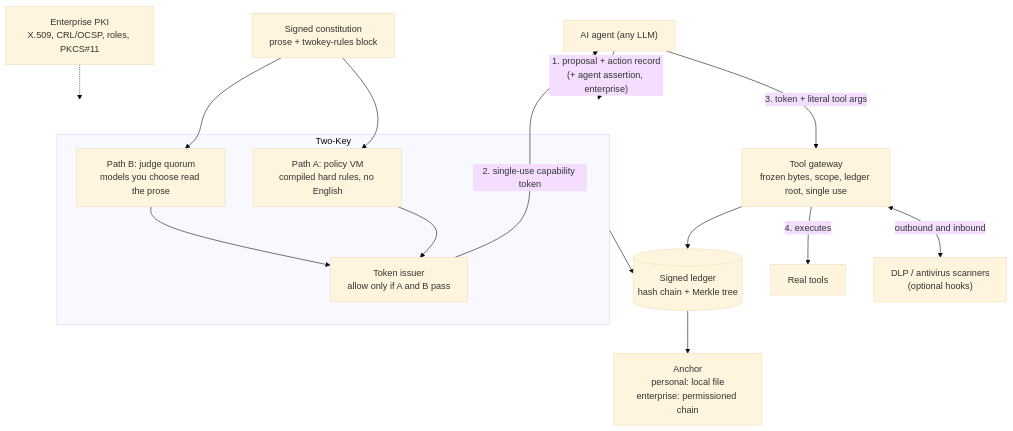
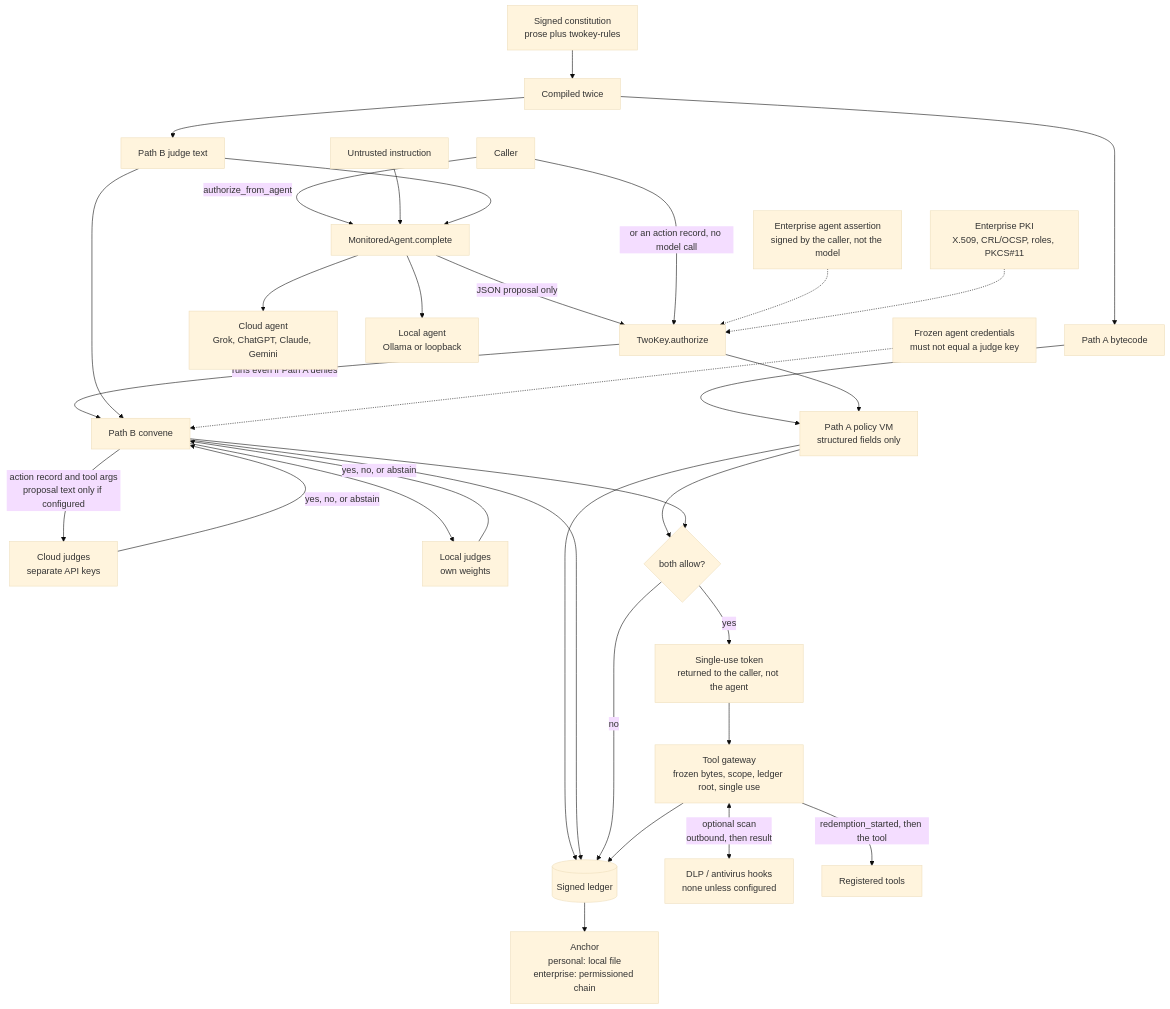
One commit to Insomniac-VibeLabs/two-key changed the first of 2 diagrams in README.md. Above: the diagram before and after it, drawn with Mermaid (base theme). The commit also changed other lines of this file, not shown here.

First line of the commit message:
Replace the README architecture diagram.

````diff
--- a/README.md
+++ b/README.md
@@ -80,21 +83,38 @@
 ```mermaid
 flowchart TB
-  Agent["AI agent (any LLM)"] -- "1. proposal + action record<br/>(+ agent assertion, enterprise)" --> TK
-  C["Signed constitution<br/>prose + twokey-rules block"] --> A
-  C --> B
-  subgraph TK["Two-Key"]
-    A["Path A: policy VM<br/>compiled hard rules, no English"]
-    B["Path B: judge quorum<br/>models you choose read the prose"]
-    I["Token issuer<br/>allow only if A and B pass"]
-    A --> I
-    B --> I
-  end
-  I -- "2. single-use capability token" --> Agent
-  Agent -- "3. token + literal tool args" --> G["Tool gateway<br/>frozen bytes, scope, ledger root, single use"]
-  G <-- "outbound and inbound" --> S["DLP / antivirus scanners<br/>(optional hooks)"]
-  G -- "4. executes" --> T["Real tools"]
-  TK --> L[("Signed ledger<br/>hash chain + Merkle tree")]
-  G --> L
-  L --> X["Anchor<br/>personal: local file<br/>enterprise: permissioned chain"]
-  P["Enterprise PKI<br/>X.509, CRL/OCSP, roles, PKCS#11"] -.-> TK
+  constitution["Signed constitution<br/>prose plus twokey-rules"] --> compile["Compiled twice"]
+  compile --> bytecode["Path A bytecode"]
+  compile --> prose["Path B judge text"]
+
+  caller["Caller"] -->|"authorize_from_agent"| fromAgent["MonitoredAgent.complete"]
+  instruction["Untrusted instruction"] --> fromAgent
+  prose --> fromAgent
+  fromAgent --> cloudA["Cloud agent<br/>Grok, ChatGPT, Claude, Gemini"]
+  fromAgent --> localA["Local agent<br/>Ollama or loopback"]
+  fromAgent -->|"JSON proposal only"| authorize["TwoKey.authorize"]
+  caller -->|"or an action record, no model call"| authorize
+  assertion["Enterprise agent assertion<br/>signed by the caller, not the model"] -.-> authorize
+
+  bytecode --> pathA["Path A policy VM<br/>structured fields only"]
+  authorize --> pathA
+  authorize -->|"runs even if Path A denies"| pathB["Path B convene"]
+  prose --> pathB
+  session["Frozen agent credentials<br/>must not equal a judge key"] -.-> pathB
+  pathB -->|"action record and tool args<br/>proposal text only if configured"| cloudJ["Cloud judges<br/>separate API keys"]
+  pathB --> localJ["Local judges<br/>own weights"]
+  cloudJ -->|"yes, no, or abstain"| pathB
+  localJ -->|"yes, no, or abstain"| pathB
+
+  pathA --> gate{"both allow?"}
+  pathB --> gate
+  pathA --> ledger[("Signed ledger")]
+  pathB --> ledger
+  gate -->|no| ledger
+  gate -->|yes| token["Single-use token<br/>returned to the caller, not the agent"]
+  token --> gateway["Tool gateway<br/>frozen bytes, scope, ledger root, single use"]
+  gateway <-->|"optional scan<br/>outbound, then result"| scanners["DLP / antivirus hooks<br/>none unless configured"]
+  gateway -->|"redemption_started, then the tool"| tools["Registered tools"]
+  gateway --> ledger
+  ledger --> anchor["Anchor<br/>personal: local file<br/>enterprise: permissioned chain"]
+  pki["Enterprise PKI<br/>X.509, CRL/OCSP, roles, PKCS#11"] -.-> authorize
 ```
````
